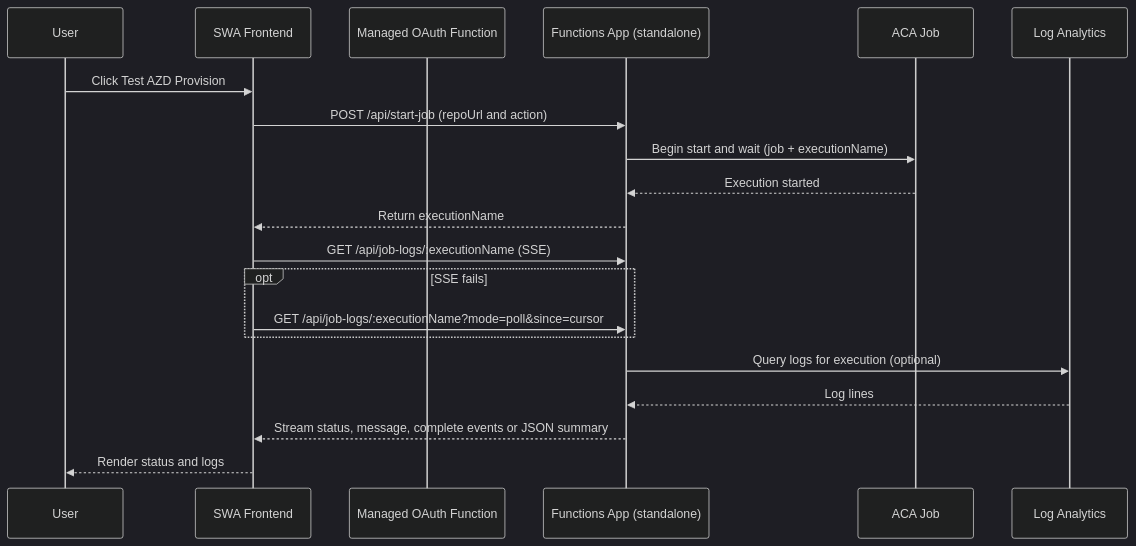
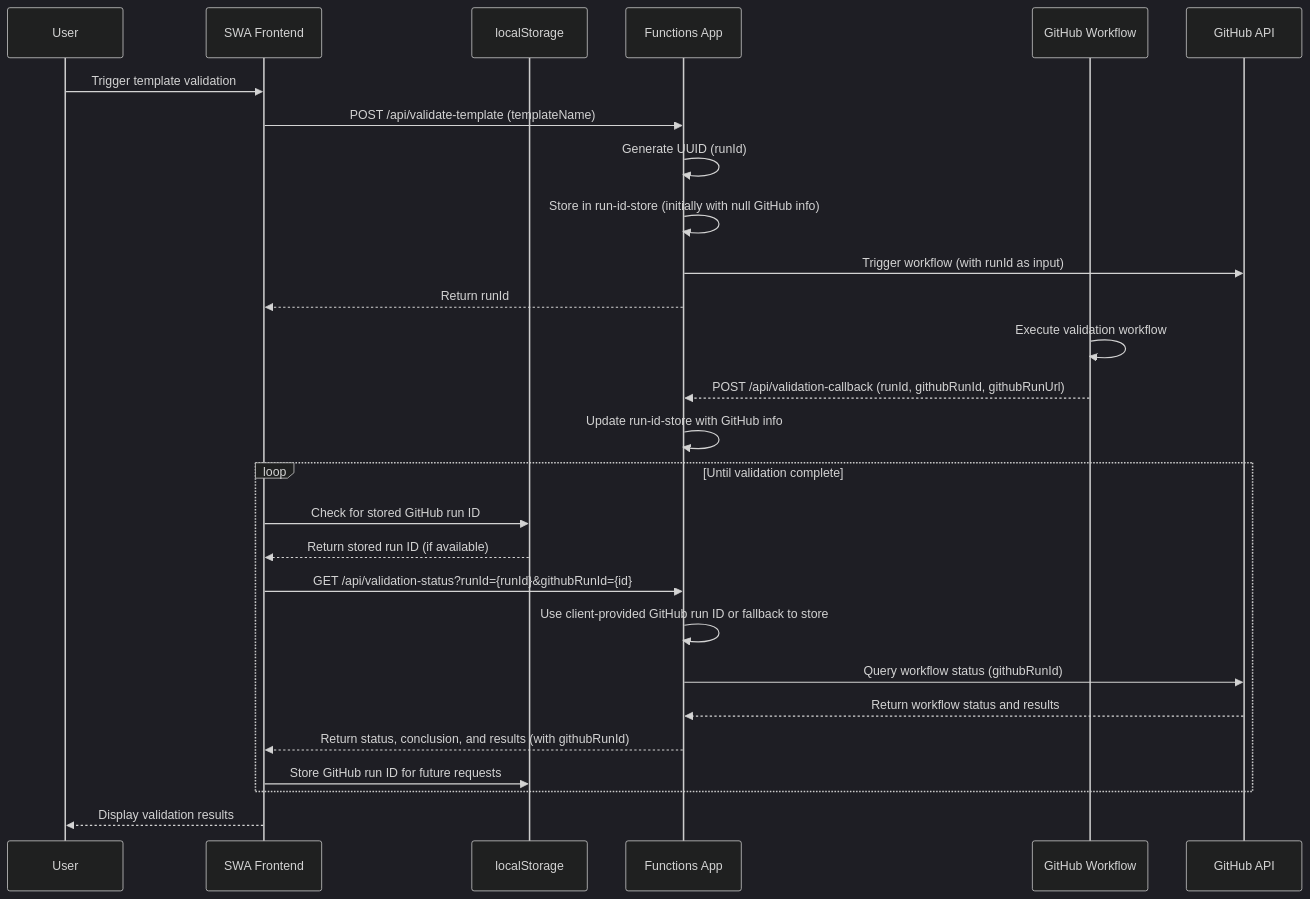
The first of 2 diagrams in docs/architecture.md (reneenoble/template-doctor), drawn with Mermaid (dark theme) before and after one commit. The commit also changed other lines of this file and 54 other files, not shown here.

````diff
--- a/docs/architecture.md
+++ b/docs/architecture.md
@@ -5,23 +5,33 @@
 ```mermaid
 sequenceDiagram
     participant U as User
     participant SWA as SWA Frontend
-    participant MF as Managed OAuth Function
-    participant FA as Functions App (standalone)
-    participant ACA as ACA Job
-    participant LAW as Log Analytics
+    participant LS as localStorage
+    participant FA as Functions App
+    participant GH as GitHub Workflow
+    participant GHA as GitHub API
 
-    U->>SWA: Click Test AZD Provision
-    SWA->>FA: POST /api/start-job (repoUrl and action)
-    FA->>ACA: Begin start and wait (job + executionName)
-    ACA-->>FA: Execution started
-    FA-->>SWA: Return executionName
-    SWA->>FA: GET /api/job-logs/:executionName (SSE)
-    opt SSE fails
-        SWA->>FA: GET /api/job-logs/:executionName?mode=poll&since=cursor
+    U->>SWA: Trigger template validation
+    SWA->>FA: POST /api/validate-template (templateName)
+    FA->>FA: Generate UUID (runId)
+    FA->>FA: Store in run-id-store (initially with null GitHub info)
+    FA->>GHA: Trigger workflow (with runId as input)
+    FA-->>SWA: Return runId
+    
+    GH->>GH: Execute validation workflow
+    GH-->>FA: POST /api/validation-callback (runId, githubRunId, githubRunUrl)
+    FA->>FA: Update run-id-store with GitHub info
+    
+    loop Until validation complete
+        SWA->>LS: Check for stored GitHub run ID
+        LS-->>SWA: Return stored run ID (if available)
+        SWA->>FA: GET /api/validation-status?runId={runId}&githubRunId={id}
+        FA->>FA: Use client-provided GitHub run ID or fallback to store
+        FA->>GHA: Query workflow status (githubRunId)
+        GHA-->>FA: Return workflow status and results
+        FA-->>SWA: Return status, conclusion, and results (with githubRunId)
+        SWA->>LS: Store GitHub run ID for future requests
     end
-    FA->>LAW: Query logs for execution (optional)
-    LAW-->>FA: Log lines
-    FA-->>SWA: Stream status, message, complete events or JSON summary
-    SWA-->>U: Render status and logs
+    
+    SWA-->>U: Display validation results
 ```
````
